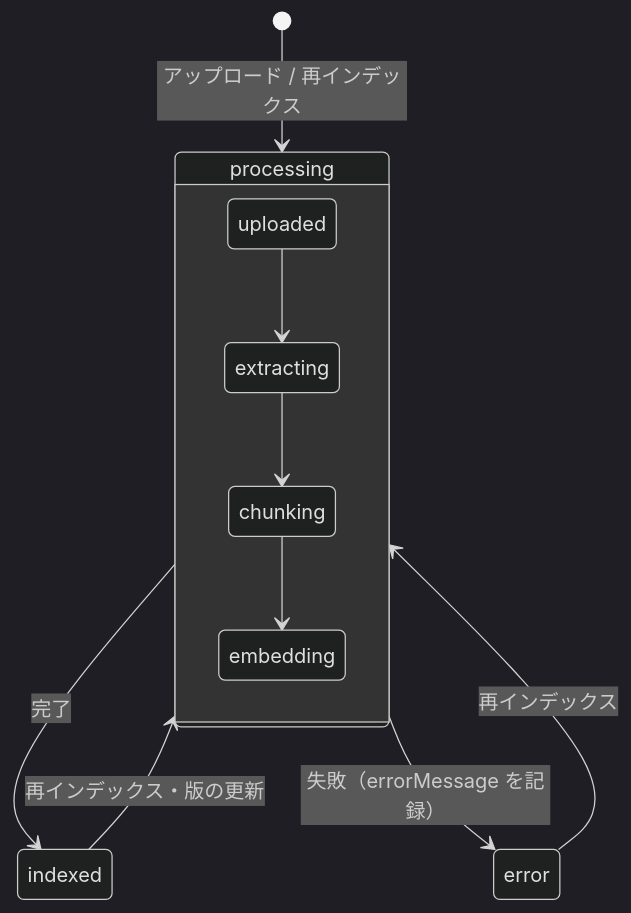
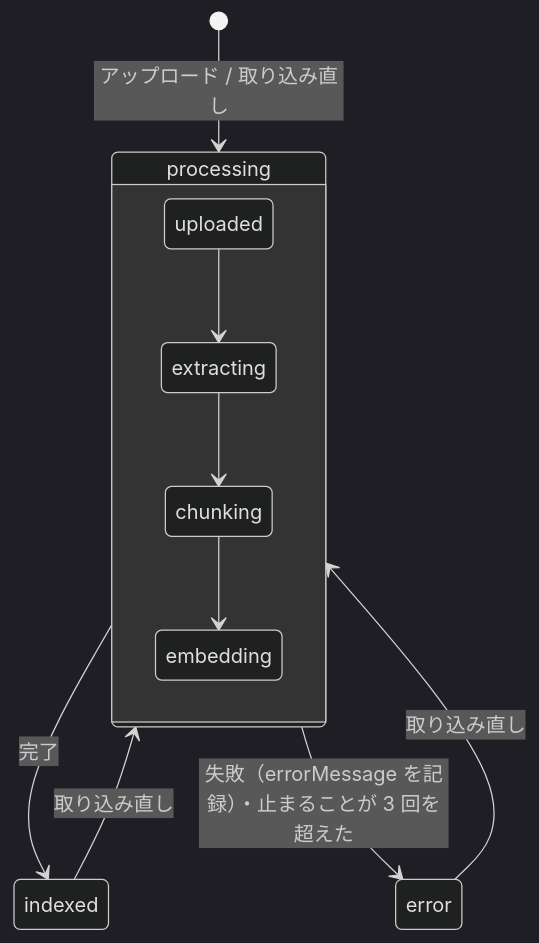
Before and after one commit to Graduation-Project-2026-11-09/agent-rag-system: the third of 4 diagrams in docs/architecture/domain-model.md, drawn with Mermaid (dark theme). The commit also changed other lines of this file and 4 other files, not shown here.

````diff
--- a/docs/architecture/domain-model.md
+++ b/docs/architecture/domain-model.md
@@ -274,13 +155,13 @@
 ```mermaid
 stateDiagram-v2
-  [*] --> processing : アップロード / 再インデックス
+  [*] --> processing : アップロード / 取り込み直し
   state processing {
     uploaded --> extracting
     extracting --> chunking
     chunking --> embedding
   }
   processing --> indexed : 完了
-  processing --> error : 失敗（errorMessage を記録）
-  indexed --> processing : 再インデックス・版の更新
-  error --> processing : 再インデックス
+  processing --> error : 失敗（errorMessage を記録）・止まることが 3 回を超えた
+  indexed --> processing : 取り込み直し
+  error --> processing : 取り込み直し
 ```
````
